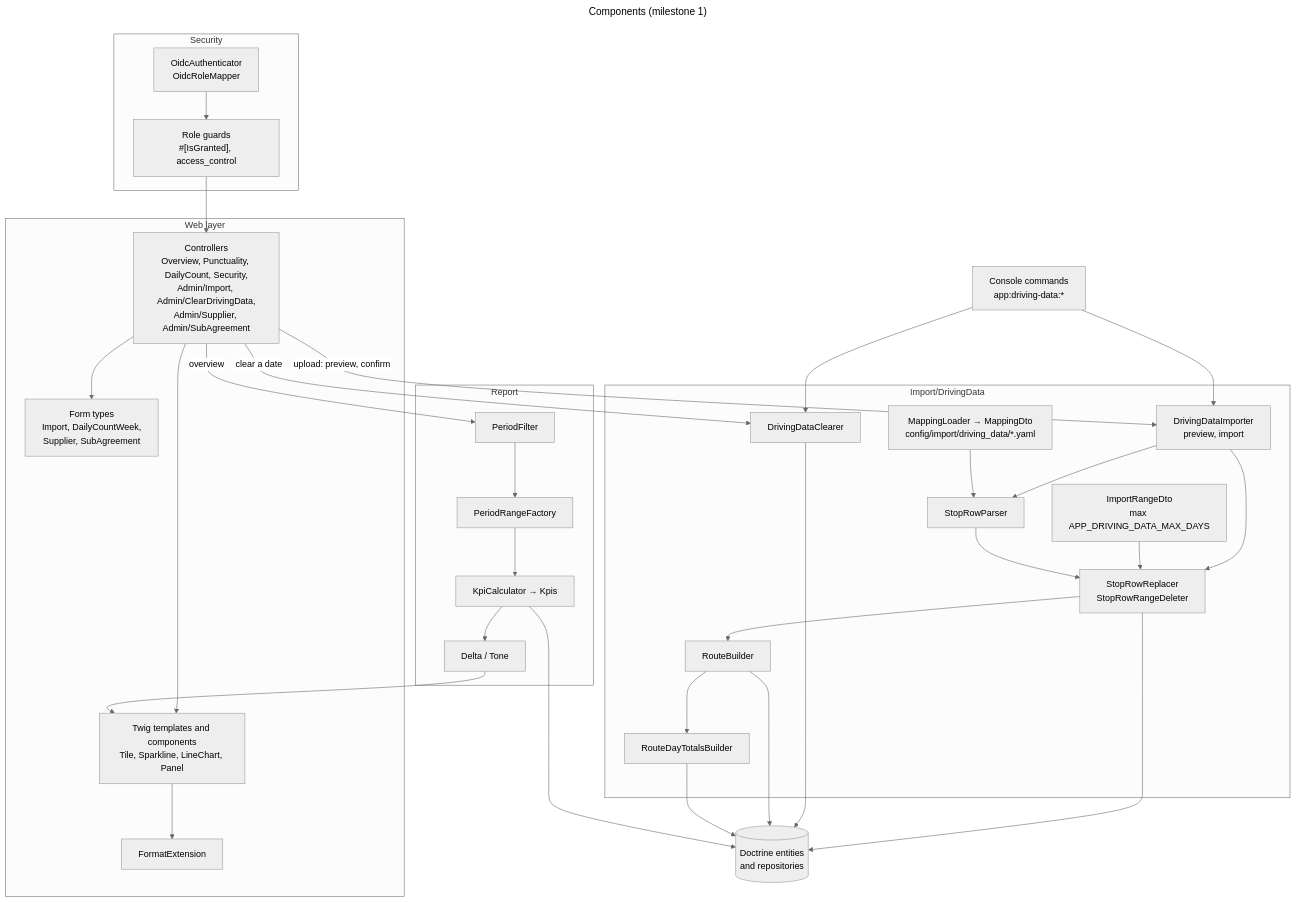
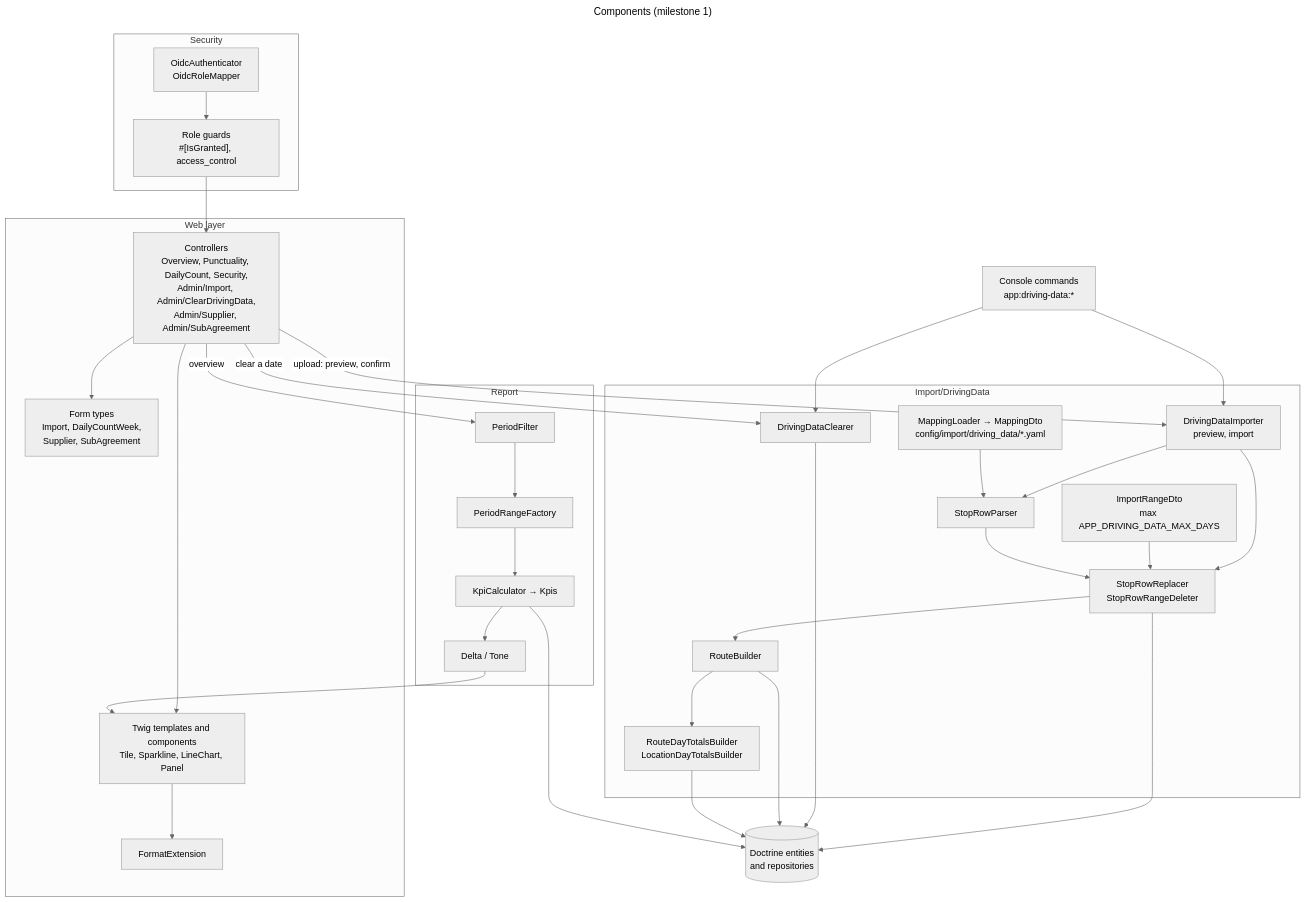
The third of 7 diagrams in docs/architecture.md (itk-dev/koerselsoverblik), drawn with Mermaid (neutral theme) before and after one commit. The commit also changed other lines of this file and 6 other files, not shown here.

Commit message:
docs: describe the worst locations and LocationDayTotals, and move #87 to done

````diff
--- a/docs/architecture.md
+++ b/docs/architecture.md
@@ -140,62 +140,62 @@
 ```mermaid
 ---
 title: Components (milestone 1)
 ---
 flowchart TB
     subgraph web["Web layer"]
         controllers["Controllers<br/>Overview, Punctuality, DailyCount, Security,<br/>Admin/Import, Admin/ClearDrivingData,<br/>Admin/Supplier, Admin/SubAgreement"]
         forms["Form types<br/>Import, DailyCountWeek,<br/>Supplier, SubAgreement"]
         twig["Twig templates and components<br/>Tile, Sparkline, LineChart, Panel"]
         format["FormatExtension"]
     end
 
     subgraph security["Security"]
         authenticators["OidcAuthenticator<br/>OidcRoleMapper"]
         guards["Role guards<br/>#[IsGranted], access_control"]
     end
 
     subgraph import["Import/DrivingData"]
         mapping["MappingLoader → MappingDto<br/>config/import/driving_data/*.yaml"]
         importrange["ImportRangeDto<br/>max APP_DRIVING_DATA_MAX_DAYS"]
         importer["DrivingDataImporter<br/>preview, import"]
         parser["StopRowParser"]
         replacer["StopRowReplacer<br/>StopRowRangeDeleter"]
         builder["RouteBuilder"]
-        aggregator["RouteDayTotalsBuilder"]
+        aggregator["RouteDayTotalsBuilder<br/>LocationDayTotalsBuilder"]
         clearer["DrivingDataClearer"]
     end
 
     subgraph report["Report"]
         filter["PeriodFilter"]
         periods["PeriodRangeFactory"]
         kpi["KpiCalculator → Kpis"]
         delta["Delta / Tone"]
     end
 
     commands["Console commands<br/>app:driving-data:*"]
     repositories[("Doctrine entities<br/>and repositories")]
 
     controllers --> forms
     controllers --> twig
     twig --> format
     guards --> controllers
     authenticators --> guards
 
     controllers -- "upload: preview, confirm" --> importer
     commands --> importer
     importer --> parser
     importer --> replacer
     mapping --> parser
     importrange --> replacer
     parser --> replacer --> builder --> aggregator
     replacer --> repositories
     controllers -- "clear a date" --> clearer
     commands --> clearer
     clearer --> repositories
     builder --> repositories
     aggregator --> repositories
 
     controllers -- "overview" --> filter --> periods --> kpi
     kpi --> repositories
     kpi --> delta --> twig
 ```
````
